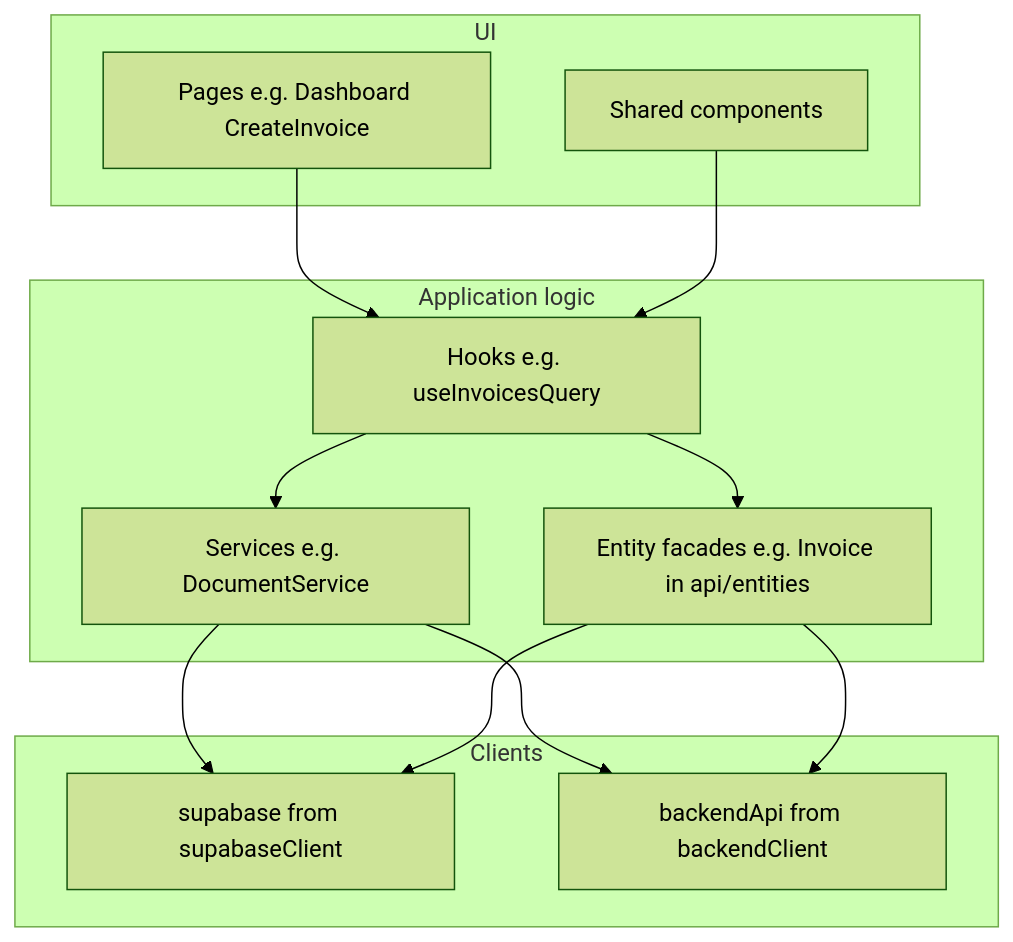
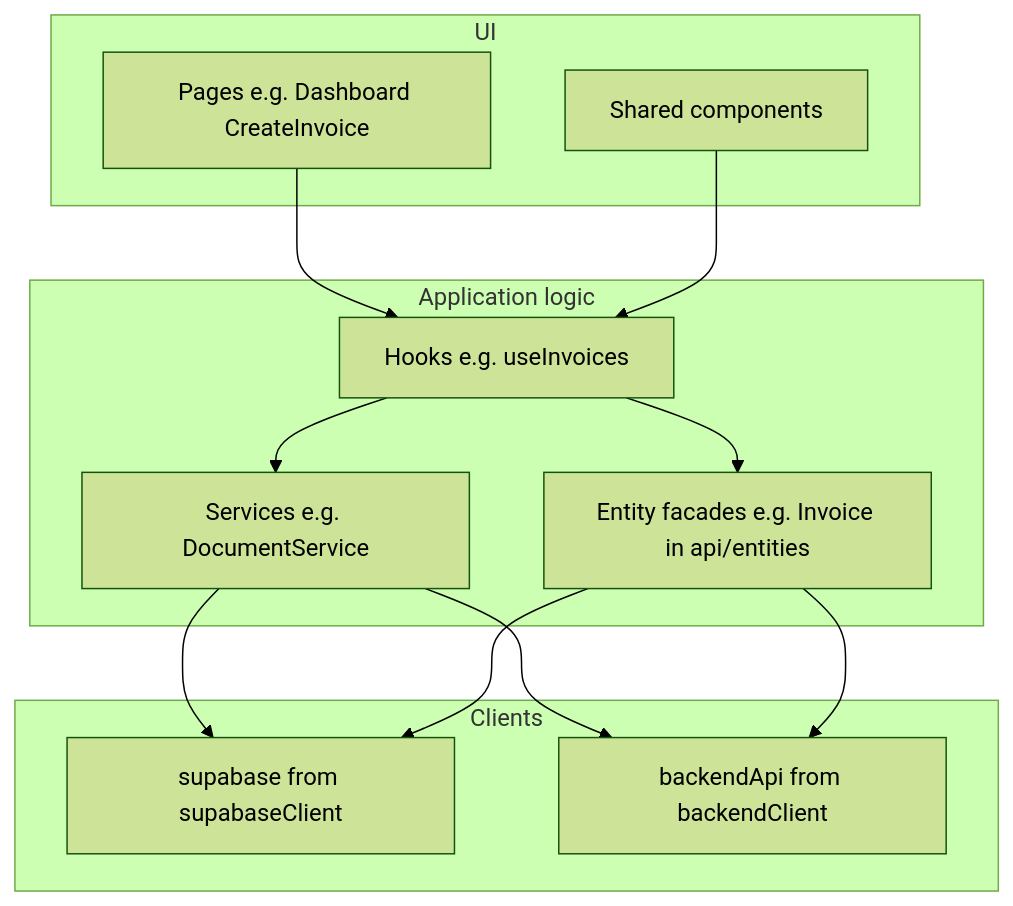
The second of 3 diagrams in docs/HOW_EVERYTHING_CONNECTS.md (YoursZA1/Paidly), drawn with Mermaid (forest theme) before and after one commit. The commit also changed 8 other files, not shown here.

````diff
--- a/docs/HOW_EVERYTHING_CONNECTS.md
+++ b/docs/HOW_EVERYTHING_CONNECTS.md
@@ -58,27 +58,27 @@
 ```mermaid
 flowchart TB
   subgraph ui["UI"]
     P[Pages e.g. Dashboard CreateInvoice]
     C[Shared components]
   end
 
   subgraph logic["Application logic"]
-    H[Hooks e.g. useInvoicesQuery]
+    H[Hooks e.g. useInvoices]
     Svc["Services e.g. DocumentService"]
     Ent["Entity facades e.g. Invoice in api/entities"]
   end
 
   subgraph clients["Clients"]
     Supa[supabase from supabaseClient]
     API[backendApi from backendClient]
   end
 
   P --> H
   C --> H
   H --> Svc
   H --> Ent
   Svc --> Supa
   Ent --> Supa
   Svc --> API
   Ent --> API
 ```
````
